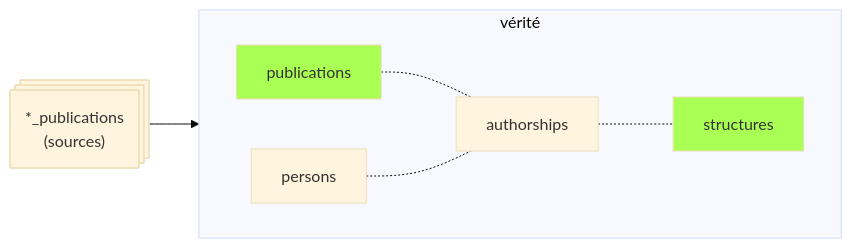
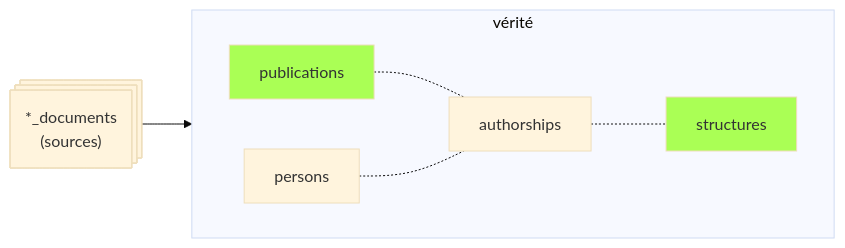
The seventh of 9 diagrams in docs/pipeline.md (Y33sha/bibliometrie-uca), drawn with Mermaid (base theme) before and after one commit. The commit also changed 3 other files, not shown here.

````diff
--- a/docs/pipeline.md
+++ b/docs/pipeline.md
@@ -267,13 +267,13 @@
 ```mermaid
 flowchart LR
-    G@{ shape: processes, label: "*_publications\n(sources)"}-->A
+    G@{ shape: processes, label: "*_documents\n(sources)"}-->A
 
     subgraph vérité
     direction LR
     A[publications]-.-B[authorships]
     C[persons]-.-B
     B-.-F[structures]
     end
     classDef valid  fill:#af5
     class F,A valid;
 ```
````
